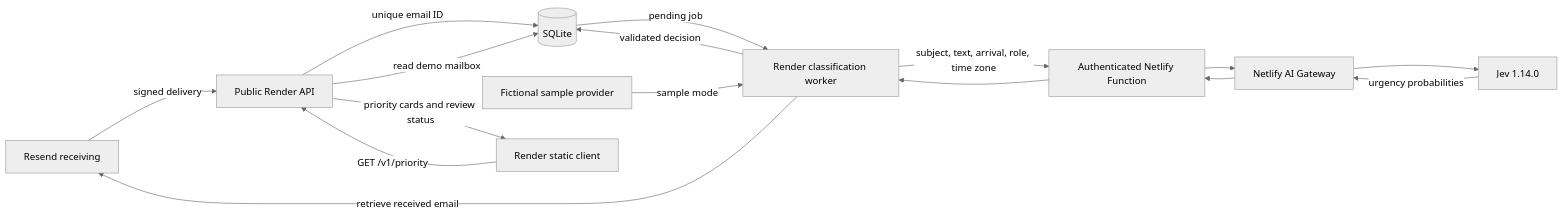
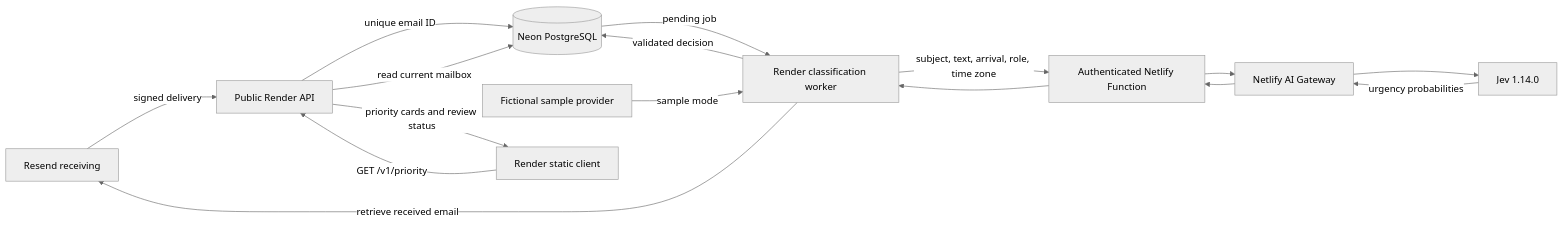
One commit to JonahBotelho/jev-priority-inbox changed the diagram in docs/architecture.md. Above: the diagram before and after it, drawn with Mermaid (neutral theme). The commit also changed other lines of this file and 24 other files, not shown here.

Commit message:
feat: persist the public priority inbox in Neon PostgreSQL

````diff
--- a/docs/architecture.md
+++ b/docs/architecture.md
@@ -3,18 +3,18 @@
 ```mermaid
 flowchart LR
   Resend[Resend receiving] -->|signed delivery| API[Public Render API]
-  API -->|unique email ID| SQLite[(SQLite)]
-  SQLite -->|pending job| Worker[Render classification worker]
+  API -->|unique email ID| DB[(Neon PostgreSQL)]
+  DB -->|pending job| Worker[Render classification worker]
   Worker -->|retrieve received email| Resend
   Samples[Fictional sample provider] -->|sample mode| Worker
   Worker -->|subject, text, arrival, role, time zone| Fn[Authenticated Netlify Function]
   Fn --> Gateway[Netlify AI Gateway]
   Gateway --> Jev[Jev 1.14.0]
   Jev -->|urgency probabilities| Gateway
   Gateway --> Fn
   Fn --> Worker
-  Worker -->|validated decision| SQLite
+  Worker -->|validated decision| DB
   Browser[Render static client] -->|GET /v1/priority| API
-  API -->|read demo mailbox| SQLite
+  API -->|read current mailbox| DB
   API -->|priority cards and review status| Browser
 ```
````
